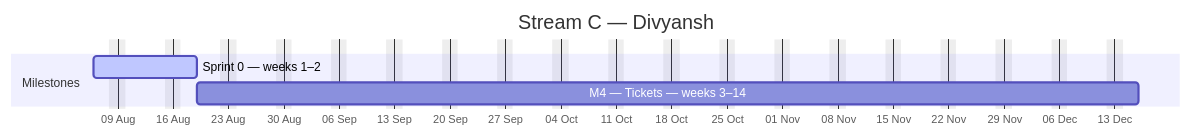
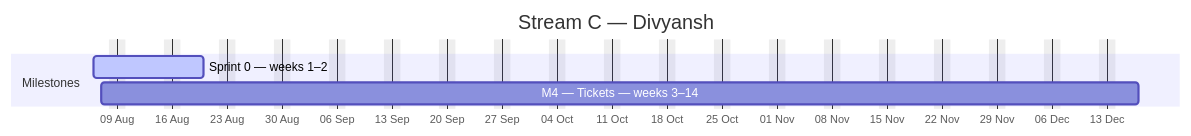
One commit to debashisedunext/EduTrack changed the third of 4 diagrams in docs/plan/GANTT.md. Above: the diagram before and after it, drawn with Mermaid. The commit also changed other lines of this file and 3 other files, not shown here.

````diff
--- a/docs/plan/GANTT.md
+++ b/docs/plan/GANTT.md
@@ -142,10 +162,10 @@
 ```mermaid
 gantt
     dateFormat YYYY-MM-DD
     axisFormat %d %b
     title Stream C — Divyansh
     excludes weekends
     section Milestones
-    Sprint 0 — weeks 1–2 :active, c0, 2026-08-06, 9d
-    M4 — Tickets — weeks 3–14 :c1, 2026-08-19, 85d
+    Sprint 0 — weeks 1–2 :active, c0, 2026-08-06, 10d
+    M4 — Tickets — weeks 3–14 :c1, 2026-08-07, 94d
 ```
````
